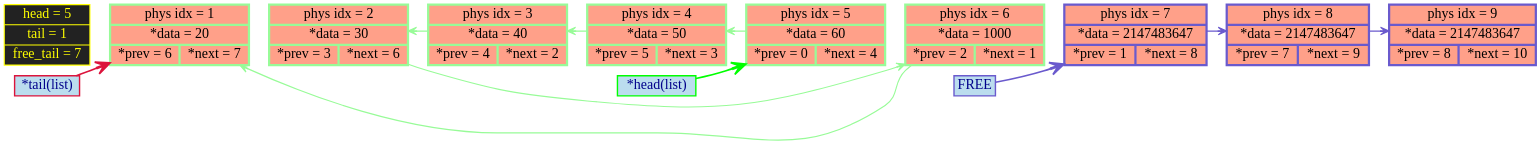
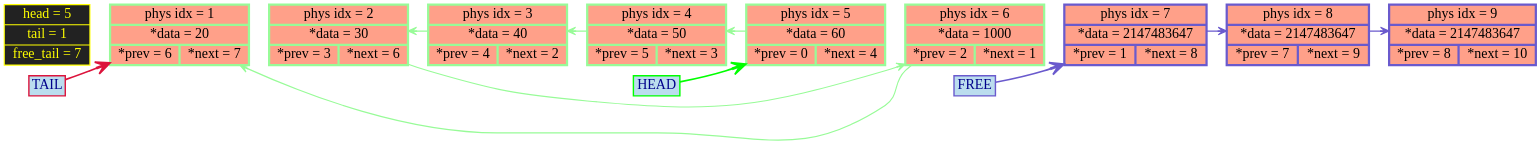
One commit to timoko3/list changed the diagram in graphDump.dot. Above: the diagram before and after it, drawn with Graphviz. The commit also changed 6 other files, not shown here.

```diff
--- a/graphDump.dot
+++ b/graphDump.dot
@@ -1,40 +1,40 @@
 digraph G {
 rankdir=LR
 bgcolor="transparent"
 	node [shape=record, style="filled", fillcolor="#FFA089", fontcolor="black", color="#007CAD", penwidth=2.5, fontname="Tahoma", fontsize=25];
 
 edge [color="#2d714f", arrowsize=1, penwidth=5, arrowhead="vee", style="bold"];
 node0 [label="head = 5 | tail = 1 | free_tail = 7", shape=record, style="filled", fillcolor="#222222", fontcolor="yellow", color="yellow", penwidth=2];
 	node1 [label="phys idx = 1 | *data = 20 | {*prev = 6 | *next = 7} "];
 	node2 [label="phys idx = 2 | *data = 30 | {*prev = 3 | *next = 6} "];
 	node3 [label="phys idx = 3 | *data = 40 | {*prev = 4 | *next = 2} "];
 	node4 [label="phys idx = 4 | *data = 50 | {*prev = 5 | *next = 3} "];
 	node5 [label="phys idx = 5 | *data = 60 | {*prev = 0 | *next = 4} "];
 	node6 [label="phys idx = 6 | *data = 1000 | {*prev = 2 | *next = 1} "];
 	node7 [label="phys idx = 7 | *data = 2147483647 | {*prev = 1 | *next = 8} "];
 	node8 [label="phys idx = 8 | *data = 2147483647 | {*prev = 7 | *next = 9} "];
 	node9 [label="phys idx = 9 | *data = 2147483647 | {*prev = 8 | *next = 10} "];
 
-head_label [shape=box, label="*head(list)", style="filled", fillcolor="#BBDDEE", color="lime", fontcolor="darkblue"];
-tail_label [shape=box, label="*tail(list)", style="filled", fillcolor="#BBDDEE", color="#DC143C",   fontcolor="darkblue"];
-free_head_label [shape=box, label="FREE", style="filled"  , fillcolor="#BBDDEE", color="#6A5ACD",   fontcolor="darkblue"];
+head_label      [shape=box, label="HEAD", style="filled", fillcolor="#BBDDEE", color="lime", fontcolor="darkblue"];
+tail_label      [shape=box, label="TAIL", style="filled", fillcolor="#BBDDEE", color="#DC143C",   fontcolor="darkblue"];
+free_head_label [shape=box, label="FREE", style="filled", fillcolor="#BBDDEE", color="#6A5ACD",   fontcolor="darkblue"];
 head_label      -> node5 [color="lime", arrowsize=2.5, penwidth=3];
 tail_label      -> node1 [color="#DC143C"  , arrowsize=2.5, penwidth=3];
 free_head_label -> node7 [color="#6A5ACD"  , arrowsize=2.5, penwidth=3];
 node0 -> node1[style=invis, weight = 100000]	node1 -> node2 -> node3 -> node4 -> node5 -> node6 -> node7 -> node8 -> node9[style=invis, weight=1000000];
 	node5 -> node4 -> node3 -> node2 -> node6 -> node1[color="#98FB98", arrowsize=1.5, penwidth=2, weight=100000];
 
 	node5[color = "#98FB98", penwidth=4];
 	node4[color = "#98FB98", penwidth=4];
 	node3[color = "#98FB98", penwidth=4];
 	node2[color = "#98FB98", penwidth=4];
 	node6[color = "#98FB98", penwidth=4];
 	node1[color = "#98FB98", penwidth=4];
 
 	node7 -> node8 -> node9[color="#6A5ACD", arrowsize=1.5, penwidth=2, weight=100000];
 
 	node7[color = "#6A5ACD", penwidth=4];
 	node8[color = "#6A5ACD", penwidth=4];
 	node9[color = "#6A5ACD", penwidth=4];
 
 }
```
